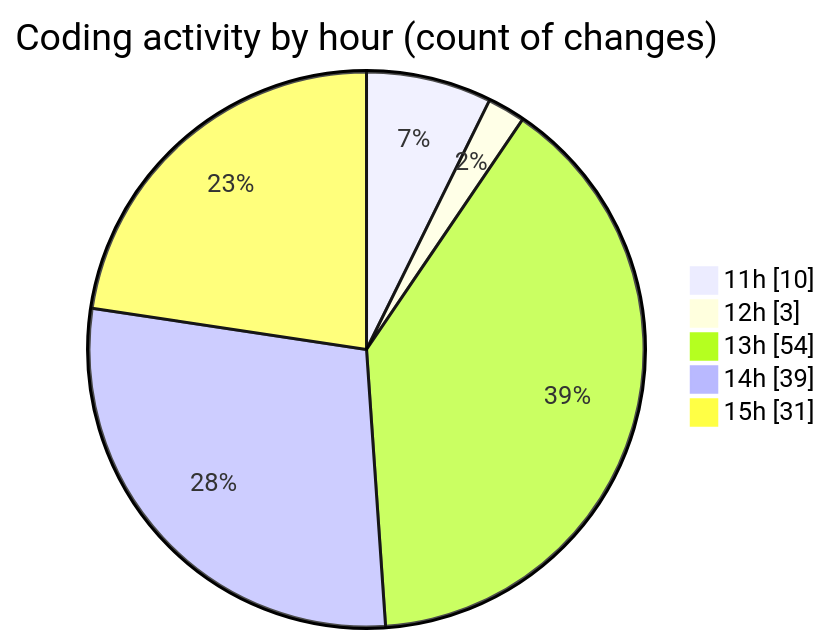
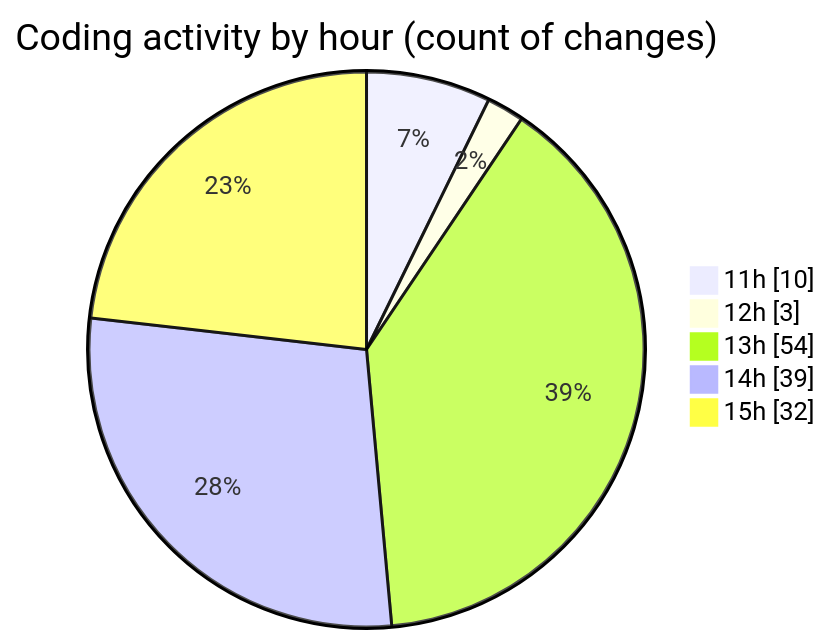
The second of 2 diagrams in 2025-02-14/cda/README.md (momahboobian/code-tracking), drawn with Mermaid before and after one commit. The commit also changed other lines of this file and 1 other file, not shown here.

````diff
--- a/2025-02-14/cda/README.md
+++ b/2025-02-14/cda/README.md
@@ -37,9 +37,9 @@
 ```mermaid
 pie showData
 title Coding activity by hour (count of changes)
 "11h" : 10
 "12h" : 3
 "13h" : 54
 "14h" : 39
-"15h" : 31
+"15h" : 32
 ```
````
